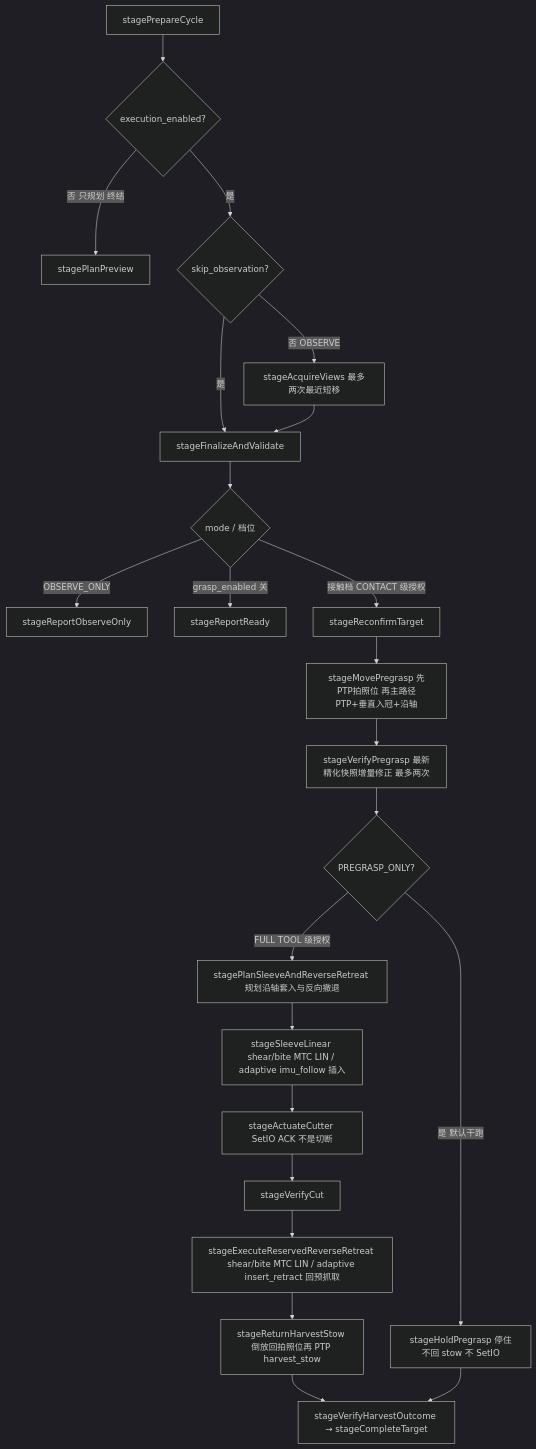
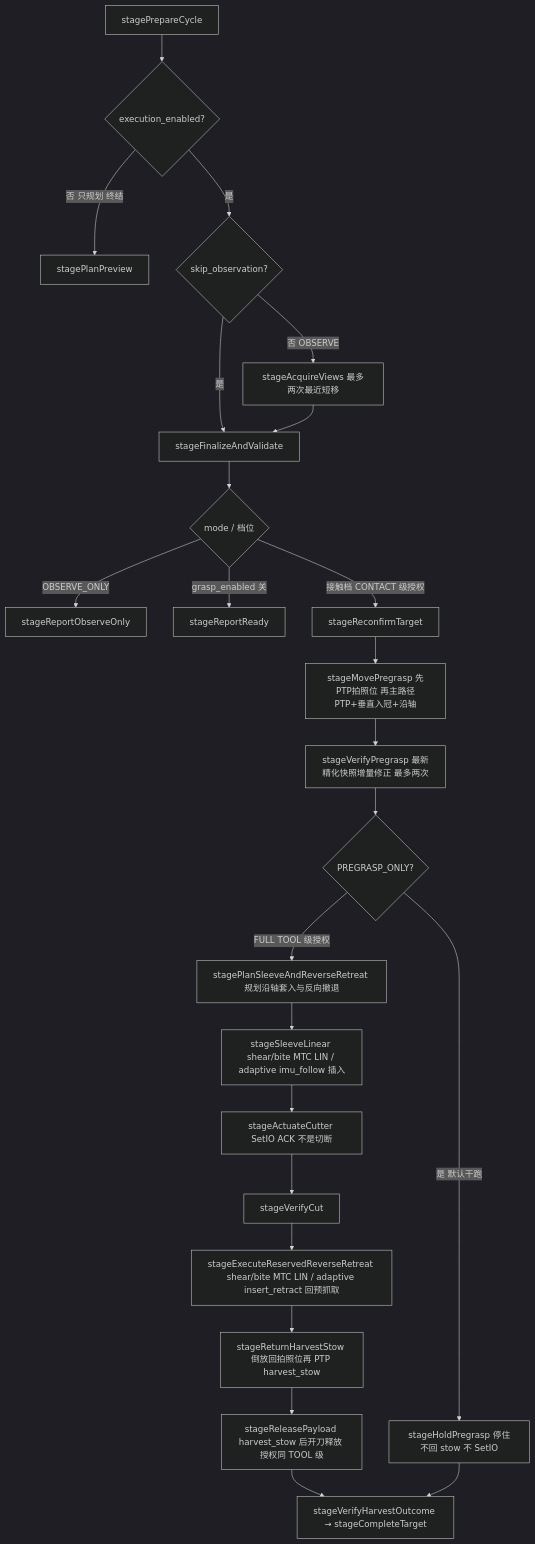
The third of 4 diagrams in src/peach/peach_arm/doc/architecture.md (MUHAN11-c/aubo_boot), drawn with Mermaid (dark theme) before and after one commit. The commit also changed other lines of this file and 272 other files, not shown here.

````diff
--- a/src/peach/peach_arm/doc/architecture.md
+++ b/src/peach/peach_arm/doc/architecture.md
@@ -100,26 +100,27 @@
 ```mermaid
 flowchart TD
   Prep[stagePrepareCycle]
   Prep --> planOnly{execution_enabled?}
   planOnly -->|否 只规划 终结| Preview[stagePlanPreview]
   planOnly -->|是| skipObs{skip_observation?}
   skipObs -->|否 OBSERVE| Views[stageAcquireViews 最多两次最近短移]
   skipObs -->|是| Quality[stageFinalizeAndValidate]
   Views --> Quality
   Quality --> mode{mode / 档位}
   mode -->|OBSERVE_ONLY| RepObs[stageReportObserveOnly]
   mode -->|grasp_enabled 关| RepReady[stageReportReady]
   mode -->|接触档 CONTACT 级授权| Rec[stageReconfirmTarget]
   Rec --> Move[stageMovePregrasp 先PTP拍照位 再主路径PTP+垂直入冠+沿轴]
   Move --> Ver[stageVerifyPregrasp 最新精化快照增量修正 最多两次]
   Ver --> pg{PREGRASP_ONLY?}
   pg -->|是 默认干跑| Hold[stageHoldPregrasp 停住不回 stow 不 SetIO]
   pg -->|FULL TOOL 级授权| Sleeve[stagePlanSleeveAndReverseRetreat 规划沿轴套入与反向撤退]
   Sleeve --> Lin[stageSleeveLinear shear/bite MTC LIN / adaptive imu_follow 插入]
   Lin --> Cut[stageActuateCutter SetIO ACK 不是切断]
   Cut --> VCut[stageVerifyCut]
   VCut --> Ret[stageExecuteReservedReverseRetreat shear/bite MTC LIN / adaptive insert_retract 回预抓取]
   Ret --> Stow[stageReturnHarvestStow 倒放回拍照位再 PTP harvest_stow]
-  Stow --> Done[stageVerifyHarvestOutcome → stageCompleteTarget]
+  Stow --> Rel[stageReleasePayload harvest_stow 后开刀释放 授权同 TOOL 级]
+  Rel --> Done[stageVerifyHarvestOutcome → stageCompleteTarget]
   Hold --> Done
 ```
````
